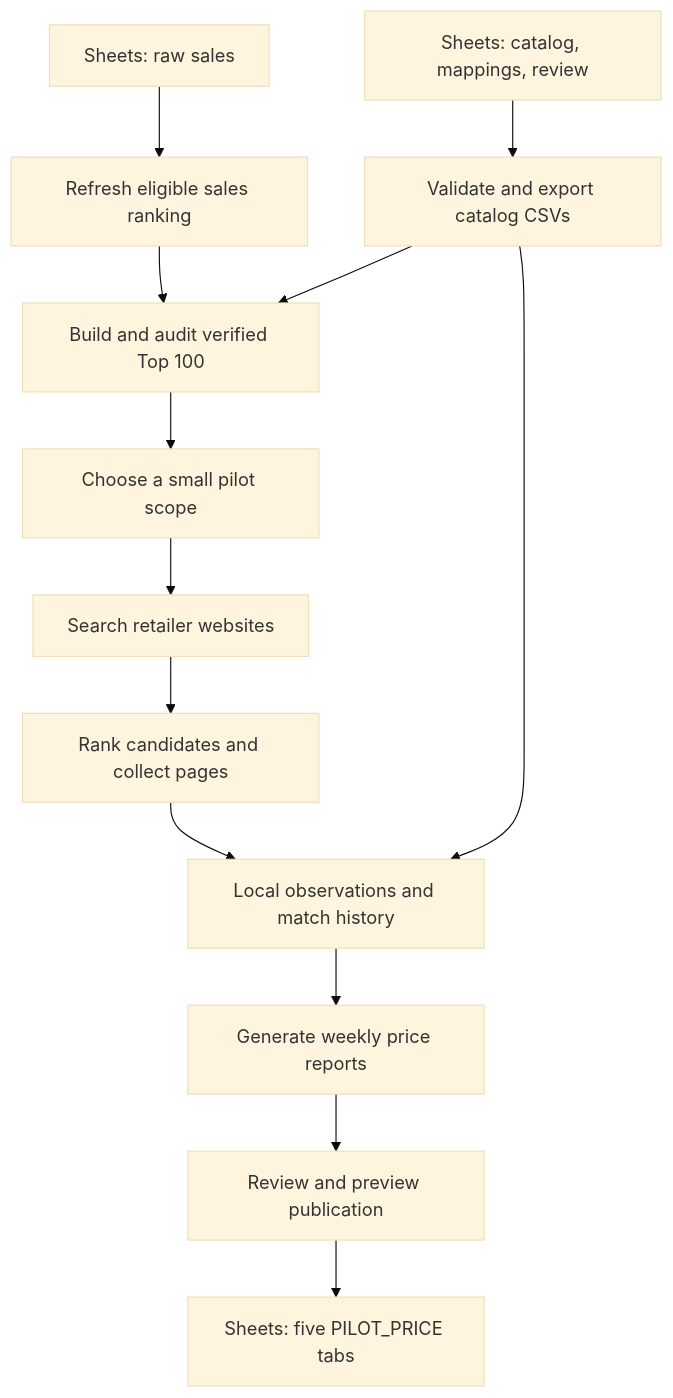
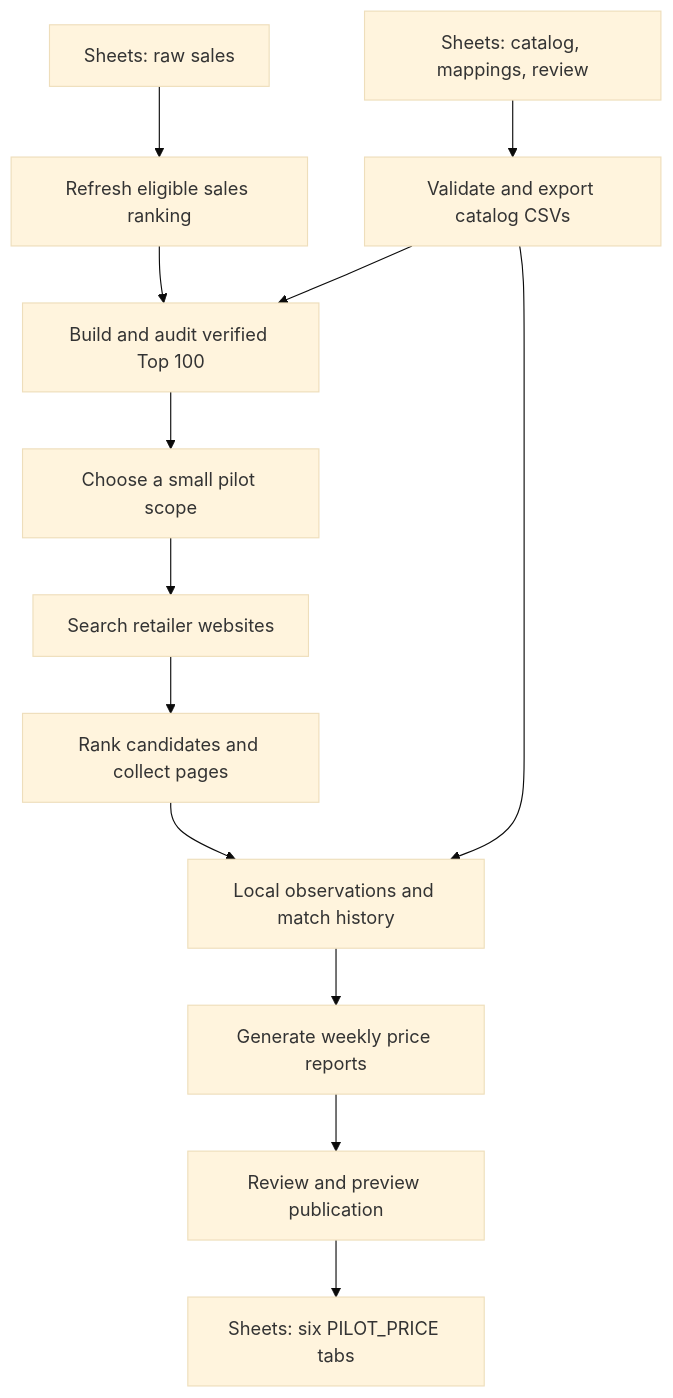
One commit to jarlericaa/laptop-price-tracker changed the diagram in docs/WEEKLY_WORKFLOW.md. Above: the diagram before and after it, drawn with Mermaid (base theme). The commit also changed other lines of this file and 4 other files, not shown here.

````diff
--- a/docs/WEEKLY_WORKFLOW.md
+++ b/docs/WEEKLY_WORKFLOW.md
@@ -28,15 +28,15 @@
 ```mermaid
 flowchart TD
     raw["Sheets: raw sales"] --> sales["Refresh eligible sales ranking"]
     catalog["Sheets: catalog, mappings, review"] --> copies["Validate and export catalog CSVs"]
     sales --> top["Build and audit verified Top 100"]
     copies --> top
     top --> scope["Choose a small pilot scope"]
     scope --> search["Search retailer websites"]
     search --> pages["Rank candidates and collect pages"]
     pages --> store["Local observations and match history"]
     copies --> store
     store --> reports["Generate weekly price reports"]
     reports --> preview["Review and preview publication"]
-    preview --> output["Sheets: five PILOT_PRICE tabs"]
+    preview --> output["Sheets: six PILOT_PRICE tabs"]
 ```
````
